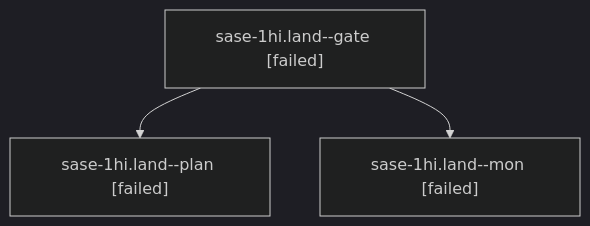
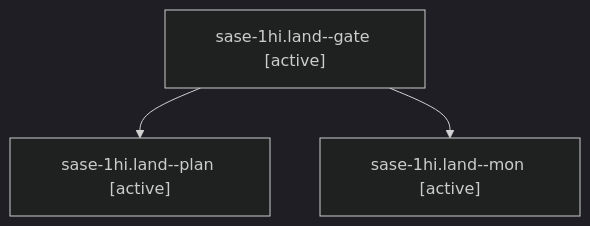
The diagram in sessions/bbugyi200.apollo.sase-1hi.land.md (sase-org/sase--agents), drawn with Mermaid (dark theme) before and after one commit. The commit also changed other lines of this file and 330 other files, not shown here.

````diff
--- a/sessions/bbugyi200.apollo.sase-1hi.land.md
+++ b/sessions/bbugyi200.apollo.sase-1hi.land.md
@@ -9,8 +9,8 @@
 ```mermaid
 flowchart TD
-  n0["sase-1hi.land--gate [failed]"]
-  n1["sase-1hi.land--plan [failed]"]
+  n0["sase-1hi.land--gate [active]"]
+  n1["sase-1hi.land--plan [active]"]
   n0 --> n1
-  n2["sase-1hi.land--mon [failed]"]
+  n2["sase-1hi.land--mon [active]"]
   n0 --> n2
 ```
````
